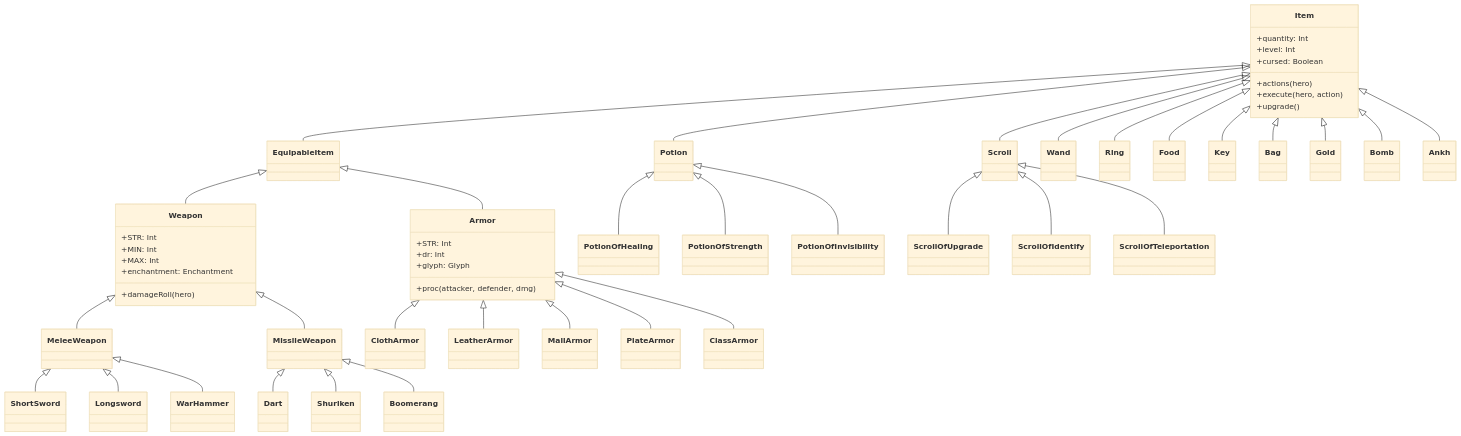
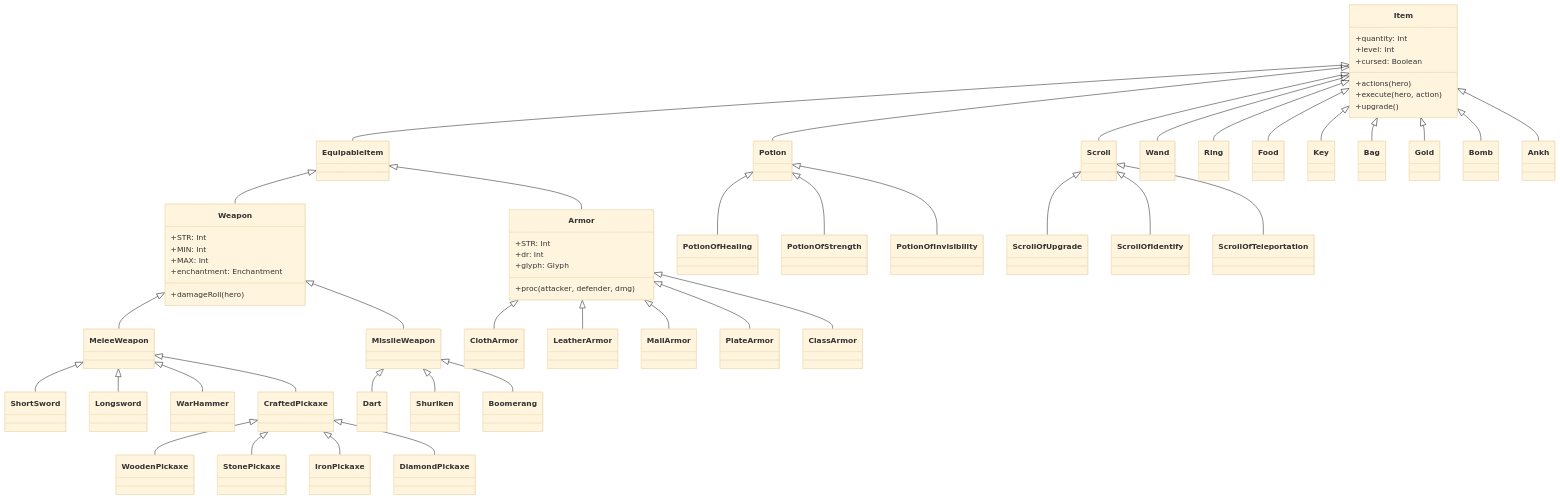
The fourth of 9 diagrams in docs/diagrams/class-hierarchy.md (manuelsiuro/AmazingPixelDungeon), drawn with Mermaid (base theme) before and after one commit. The commit also changed other lines of this file and 8 other files, not shown here.

````diff
--- a/docs/diagrams/class-hierarchy.md
+++ b/docs/diagrams/class-hierarchy.md
@@ -178,64 +179,69 @@
 ```mermaid
 classDiagram
     Item <|-- EquipableItem
     Item <|-- Potion
     Item <|-- Scroll
     Item <|-- Wand
     Item <|-- Ring
     Item <|-- Food
     Item <|-- Key
     Item <|-- Bag
     Item <|-- Gold
     Item <|-- Bomb
     Item <|-- Ankh
 
     EquipableItem <|-- Weapon
     EquipableItem <|-- Armor
 
     Weapon <|-- MeleeWeapon
     Weapon <|-- MissileWeapon
     MeleeWeapon <|-- ShortSword
     MeleeWeapon <|-- Longsword
     MeleeWeapon <|-- WarHammer
+    MeleeWeapon <|-- CraftedPickaxe
+    CraftedPickaxe <|-- WoodenPickaxe
+    CraftedPickaxe <|-- StonePickaxe
+    CraftedPickaxe <|-- IronPickaxe
+    CraftedPickaxe <|-- DiamondPickaxe
     MissileWeapon <|-- Dart
     MissileWeapon <|-- Shuriken
     MissileWeapon <|-- Boomerang
 
     Armor <|-- ClothArmor
     Armor <|-- LeatherArmor
     Armor <|-- MailArmor
     Armor <|-- PlateArmor
     Armor <|-- ClassArmor
 
     Potion <|-- PotionOfHealing
     Potion <|-- PotionOfStrength
     Potion <|-- PotionOfInvisibility
 
     Scroll <|-- ScrollOfUpgrade
     Scroll <|-- ScrollOfIdentify
     Scroll <|-- ScrollOfTeleportation
 
     class Item {
         +quantity: Int
         +level: Int
         +cursed: Boolean
         +actions(hero)
         +execute(hero, action)
         +upgrade()
     }
 
     class Weapon {
         +STR: Int
         +MIN: Int
         +MAX: Int
         +enchantment: Enchantment
         +damageRoll(hero)
     }
 
     class Armor {
         +STR: Int
         +dr: Int
         +glyph: Glyph
         +proc(attacker, defender, dmg)
     }
 ```
````
